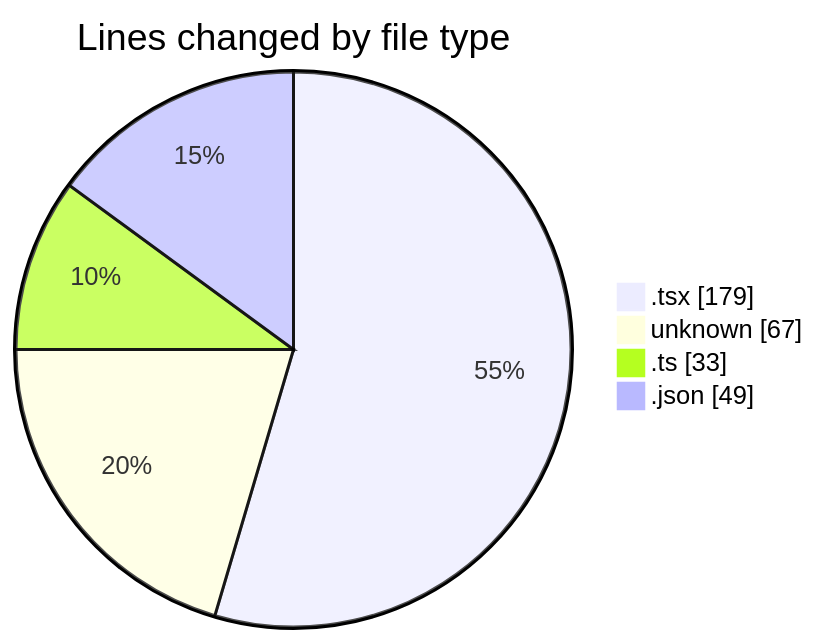
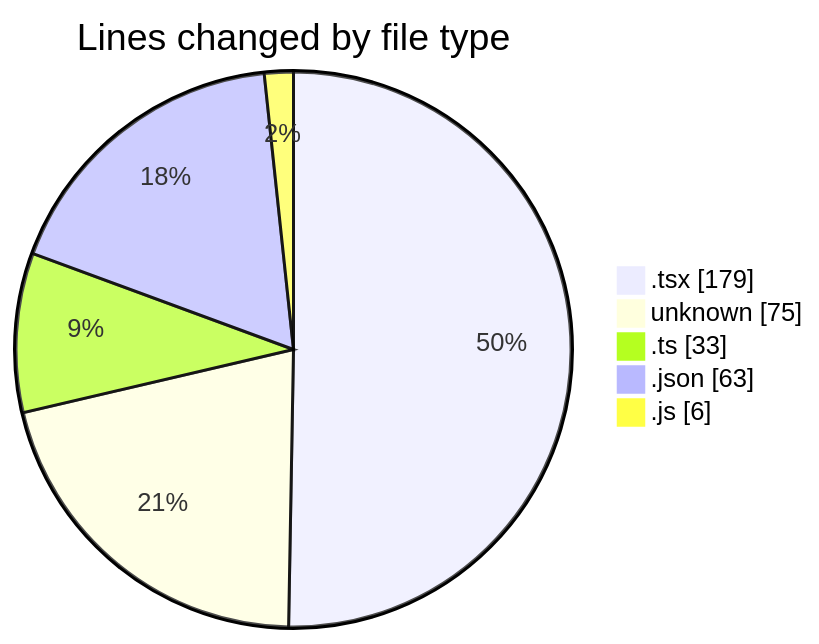
Before and after one commit to Elitesun/code-tracking: the first of 2 diagrams in 2025-05-21/niten/README.md, drawn with Mermaid. The commit also changed other lines of this file and 1 other file, not shown here.

````diff
--- a/2025-05-21/niten/README.md
+++ b/2025-05-21/niten/README.md
@@ -27,8 +29,9 @@
 ```mermaid
 pie showData
 title Lines changed by file type
 ".tsx" : 179
-"unknown" : 67
+"unknown" : 75
 ".ts" : 33
-".json" : 49
+".json" : 63
+".js" : 6
 ```
````
